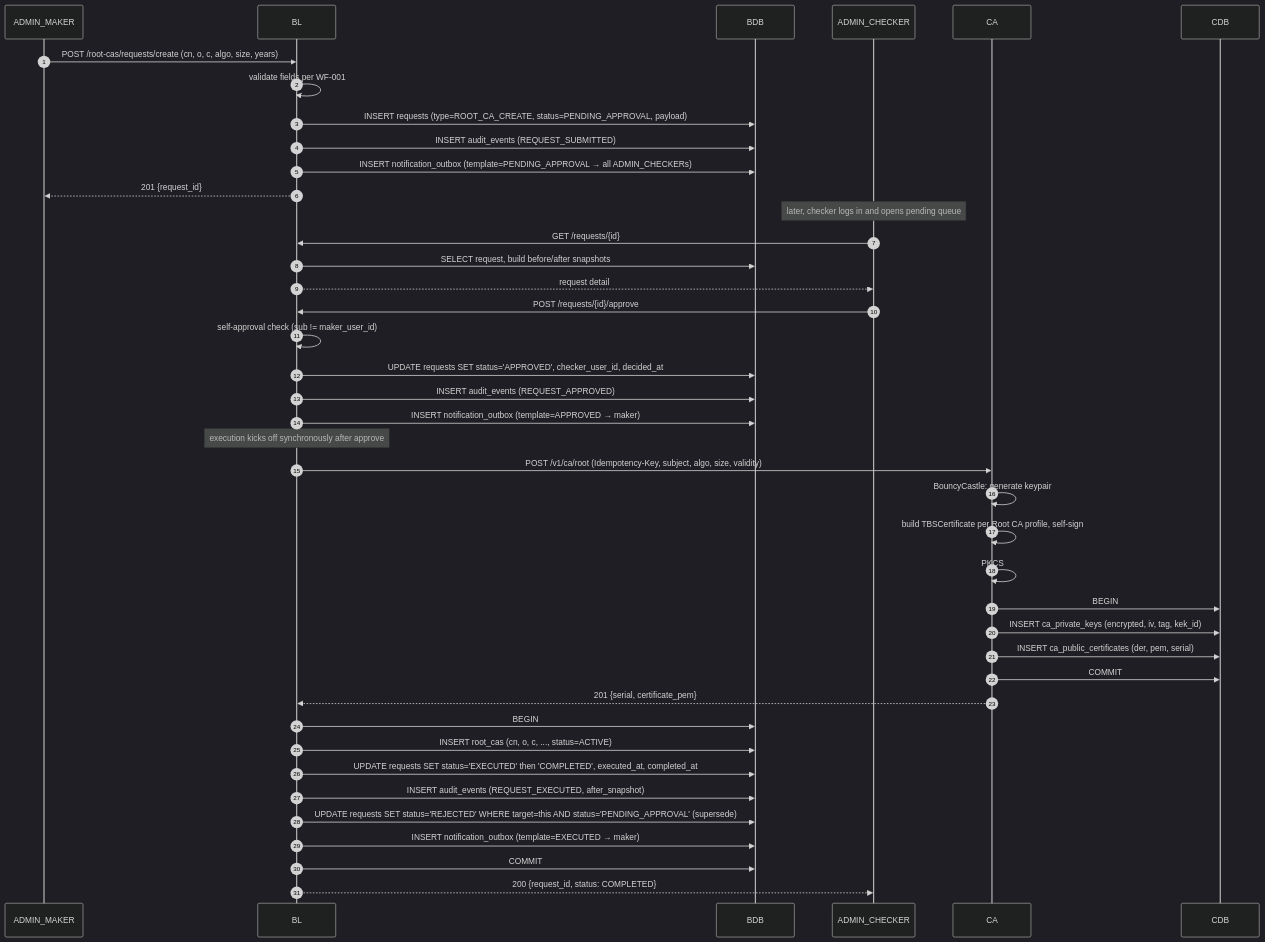
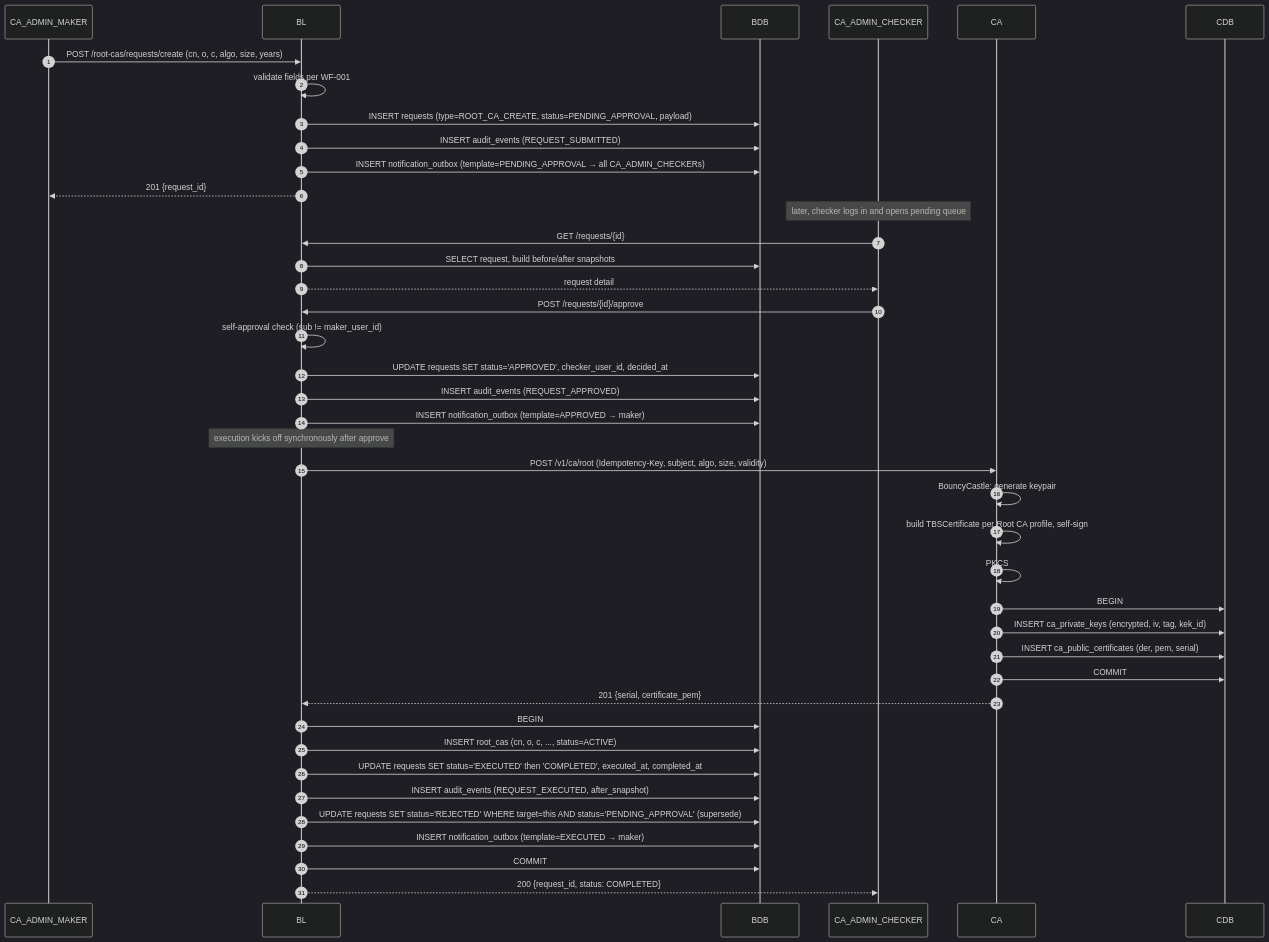
One commit to ruthvikchandravanam/Nexus-CA changed the second of 6 diagrams in Docs/2-Design/2.1-HLD/sequence-diagrams.md. Above: the diagram before and after it, drawn with Mermaid (dark theme). The commit also changed other lines of this file and 33 other files, not shown here.

````diff
--- a/Docs/2-Design/2.1-HLD/sequence-diagrams.md
+++ b/Docs/2-Design/2.1-HLD/sequence-diagrams.md
@@ -77,50 +77,50 @@
 ```mermaid
 sequenceDiagram
     autonumber
-    participant U as ADMIN_MAKER
+    participant U as CA_ADMIN_MAKER
     participant BL
     participant BDB
-    participant CH as ADMIN_CHECKER
+    participant CH as CA_ADMIN_CHECKER
     participant CA
     participant CDB
 
     U->>BL: POST /root-cas/requests/create (cn, o, c, algo, size, years)
     BL->>BL: validate fields per WF-001
     BL->>BDB: INSERT requests (type=ROOT_CA_CREATE, status=PENDING_APPROVAL, payload)
     BL->>BDB: INSERT audit_events (REQUEST_SUBMITTED)
-    BL->>BDB: INSERT notification_outbox (template=PENDING_APPROVAL → all ADMIN_CHECKERs)
+    BL->>BDB: INSERT notification_outbox (template=PENDING_APPROVAL → all CA_ADMIN_CHECKERs)
     BL-->>U: 201 {request_id}
 
     note over CH: later, checker logs in and opens pending queue
 
     CH->>BL: GET /requests/{id}
     BL->>BDB: SELECT request, build before/after snapshots
     BL-->>CH: request detail
 
     CH->>BL: POST /requests/{id}/approve
     BL->>BL: self-approval check (sub != maker_user_id)
     BL->>BDB: UPDATE requests SET status='APPROVED', checker_user_id, decided_at
     BL->>BDB: INSERT audit_events (REQUEST_APPROVED)
     BL->>BDB: INSERT notification_outbox (template=APPROVED → maker)
 
     note over BL: execution kicks off synchronously after approve
 
     BL->>CA: POST /v1/ca/root (Idempotency-Key, subject, algo, size, validity)
     CA->>CA: BouncyCastle: generate keypair
     CA->>CA: build TBSCertificate per Root CA profile, self-sign
     CA->>CA: PKCS#8 encode private key, AES-256-GCM with KEK
     CA->>CDB: BEGIN
     CA->>CDB: INSERT ca_private_keys (encrypted, iv, tag, kek_id)
     CA->>CDB: INSERT ca_public_certificates (der, pem, serial)
     CA->>CDB: COMMIT
     CA-->>BL: 201 {serial, certificate_pem}
 
     BL->>BDB: BEGIN
     BL->>BDB: INSERT root_cas (cn, o, c, ..., status=ACTIVE)
     BL->>BDB: UPDATE requests SET status='EXECUTED' then 'COMPLETED', executed_at, completed_at
     BL->>BDB: INSERT audit_events (REQUEST_EXECUTED, after_snapshot)
     BL->>BDB: UPDATE requests SET status='REJECTED' WHERE target=this AND status='PENDING_APPROVAL' (supersede)
     BL->>BDB: INSERT notification_outbox (template=EXECUTED → maker)
     BL->>BDB: COMMIT
     BL-->>CH: 200 {request_id, status: COMPLETED}
 ```
````
